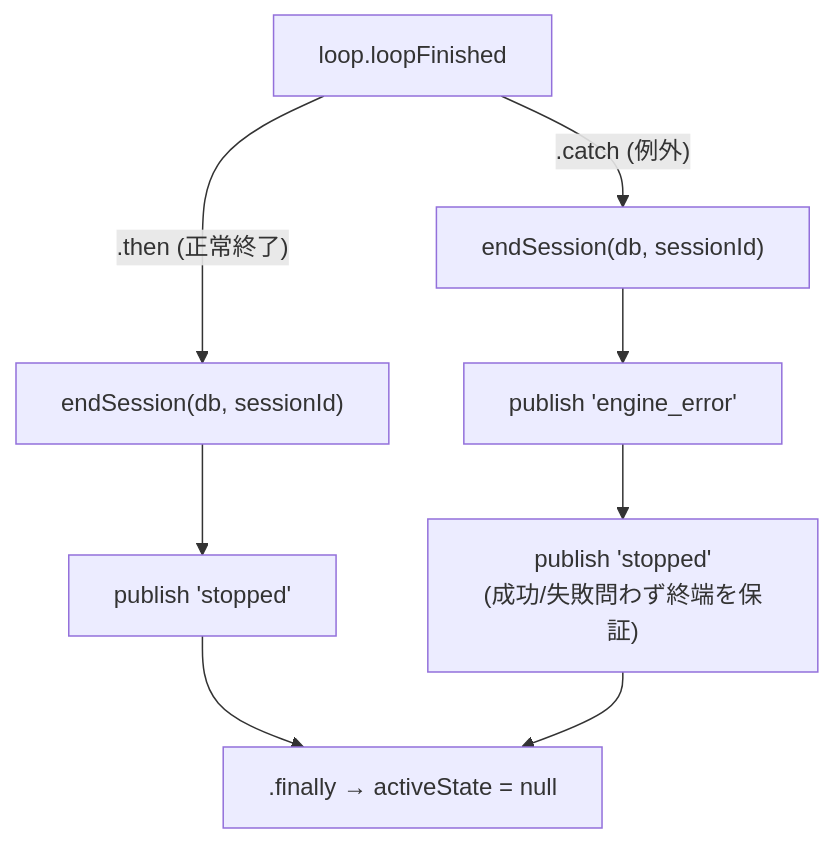
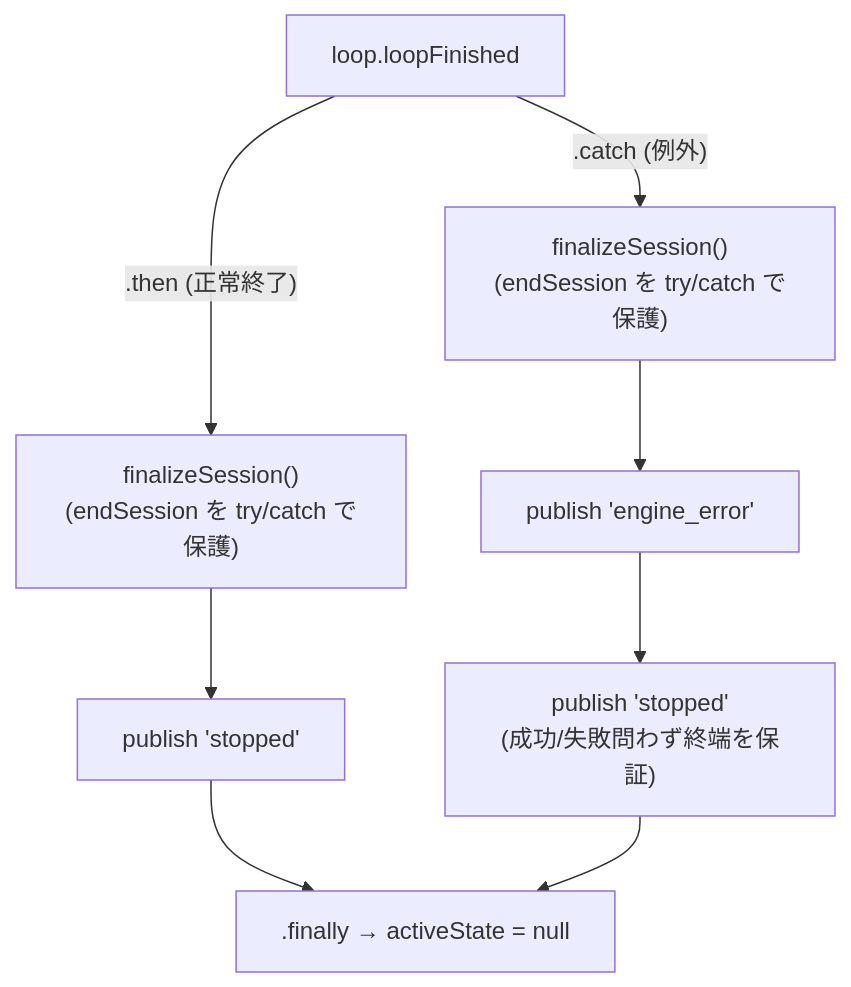
The ninth of 9 diagrams in packages/server/docs/reading-guide.md (yukaorange/dcc_suport), drawn with Mermaid before and after one commit. The commit also changed other lines of this file and 5 other files, not shown here.

````diff
--- a/packages/server/docs/reading-guide.md
+++ b/packages/server/docs/reading-guide.md
@@ -321,13 +321,13 @@
 ```mermaid
 flowchart TD
     LF["loop.loopFinished"]
-    LF -->|".then (正常終了)"| OK1["endSession(db, sessionId)"]
+    LF -->|".then (正常終了)"| OK1["finalizeSession()<br/>(endSession を try/catch で保護)"]
     OK1 --> OK2["publish 'stopped'"]
 
-    LF -->|".catch (例外)"| NG1["endSession(db, sessionId)"]
+    LF -->|".catch (例外)"| NG1["finalizeSession()<br/>(endSession を try/catch で保護)"]
     NG1 --> NG2["publish 'engine_error'"]
     NG2 --> NG3["publish 'stopped'<br/>(成功/失敗問わず終端を保証)"]
 
     OK2 --> Final[".finally → activeState = null"]
     NG3 --> Final
 ```
````
